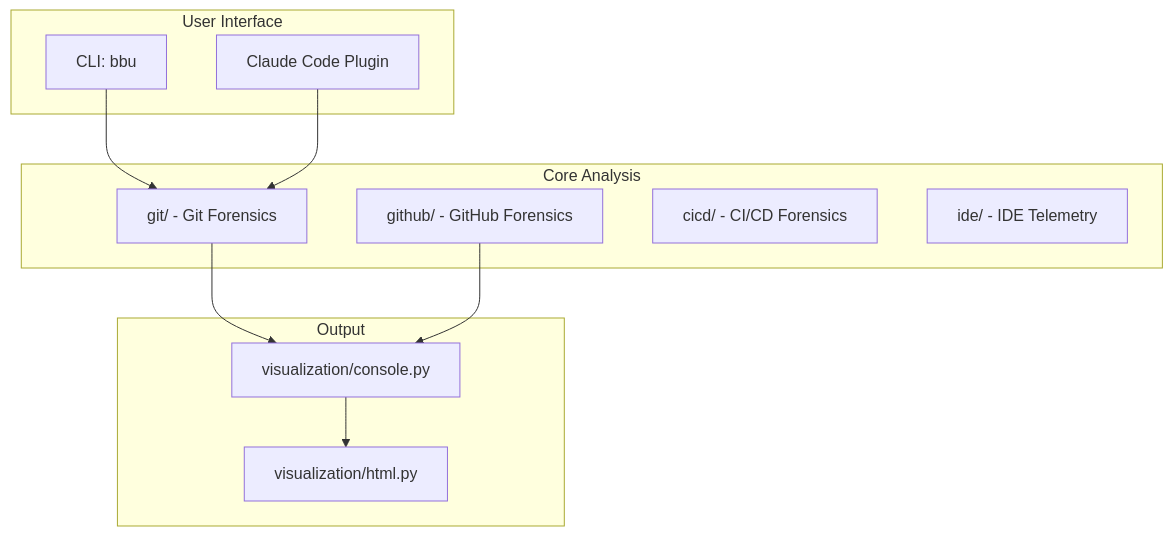
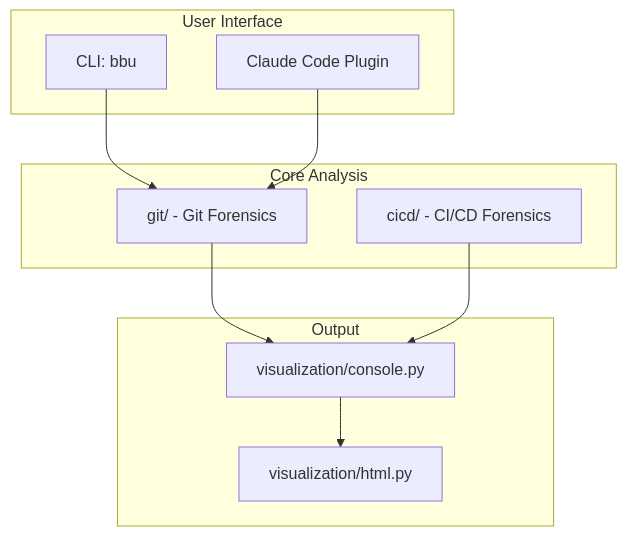
Before and after one commit to michael-denyer/black-box-unlock: the diagram in CLAUDE.md, drawn with Mermaid. The commit also changed other lines of this file and 1 other file, not shown here.

Commit message:
docs: fix stale CLAUDE.md architecture and CLI docs
- Remove phantom github/ and ide/ modules from diagram
- Add visualization/ to Key Files table
- Replace non-existent --hotspots flag with actual CLI options
- Simplify github_actions.py with list comprehensions

````diff
--- a/CLAUDE.md
+++ b/CLAUDE.md
@@ -13,25 +13,23 @@
 ```mermaid
 flowchart TD
     subgraph Interface["User Interface"]
         CLI[CLI: bbu]
         Plugin[Claude Code Plugin]
     end
 
     subgraph Core["Core Analysis"]
         GIT[git/ - Git Forensics]
-        GH[github/ - GitHub Forensics]
         CICD[cicd/ - CI/CD Forensics]
-        IDE[ide/ - IDE Telemetry]
     end
 
     subgraph Output["Output"]
         Console[visualization/console.py]
         HTML[visualization/html.py]
     end
 
     CLI --> GIT
     Plugin --> GIT
     GIT --> Console
-    GH --> Console
+    CICD --> Console
     Console --> HTML
 ```
````
